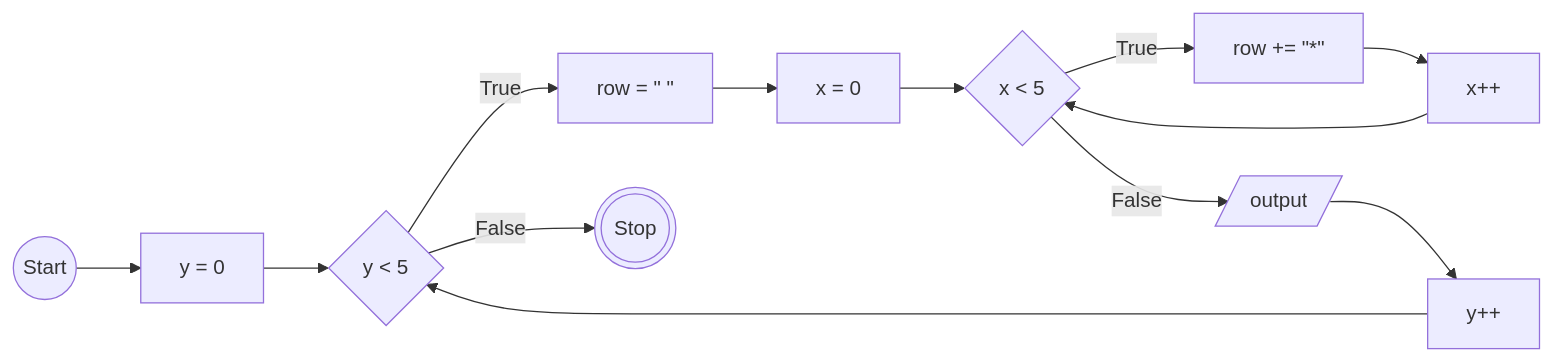
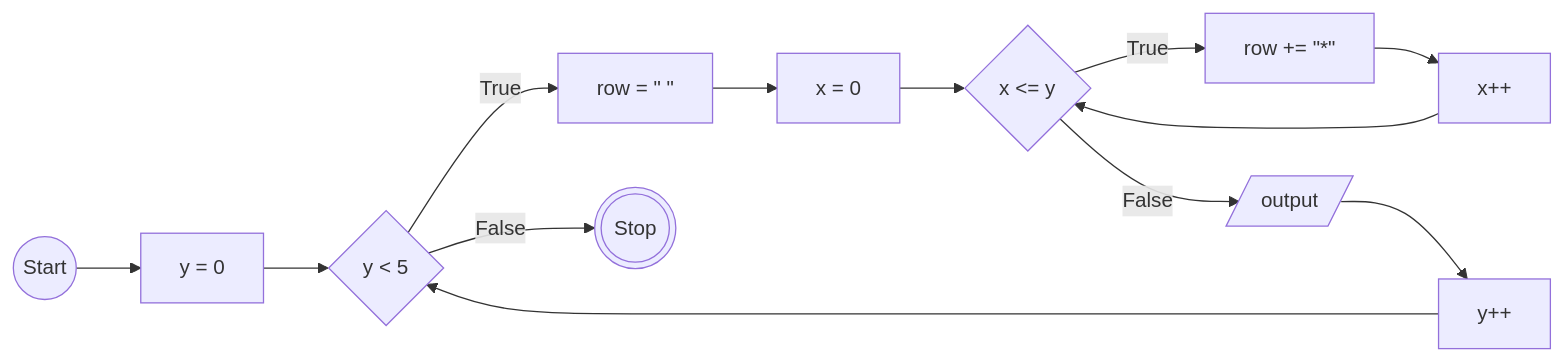
One commit to aldi-ardyansah/koda-b10-javascript3 changed the second of 2 diagrams in README.md. Above: the diagram before and after it, drawn with Mermaid.

````diff
--- a/README.md
+++ b/README.md
@@ -48,27 +48,27 @@
 ```mermaid
 flowchart LR
     A((Start))
     B[y = 0]
     C{y < 5}
     D[row = #quot; #quot;]
     E[x = 0]
-    F{x < 5}
+    F{x <= y}
     G[row += #quot;*#quot;]
     H[x++]
     I[/output/]
     J[y++]
     Z(((Stop)))
 
     A --> B
     B --> C
     C --True--> D
     D --> E
     E --> F
     F --True--> G
     G --> H
     H --> F
     F --False--> I
     C --False--> Z
     I --> J
     J --> C
 ```
````
